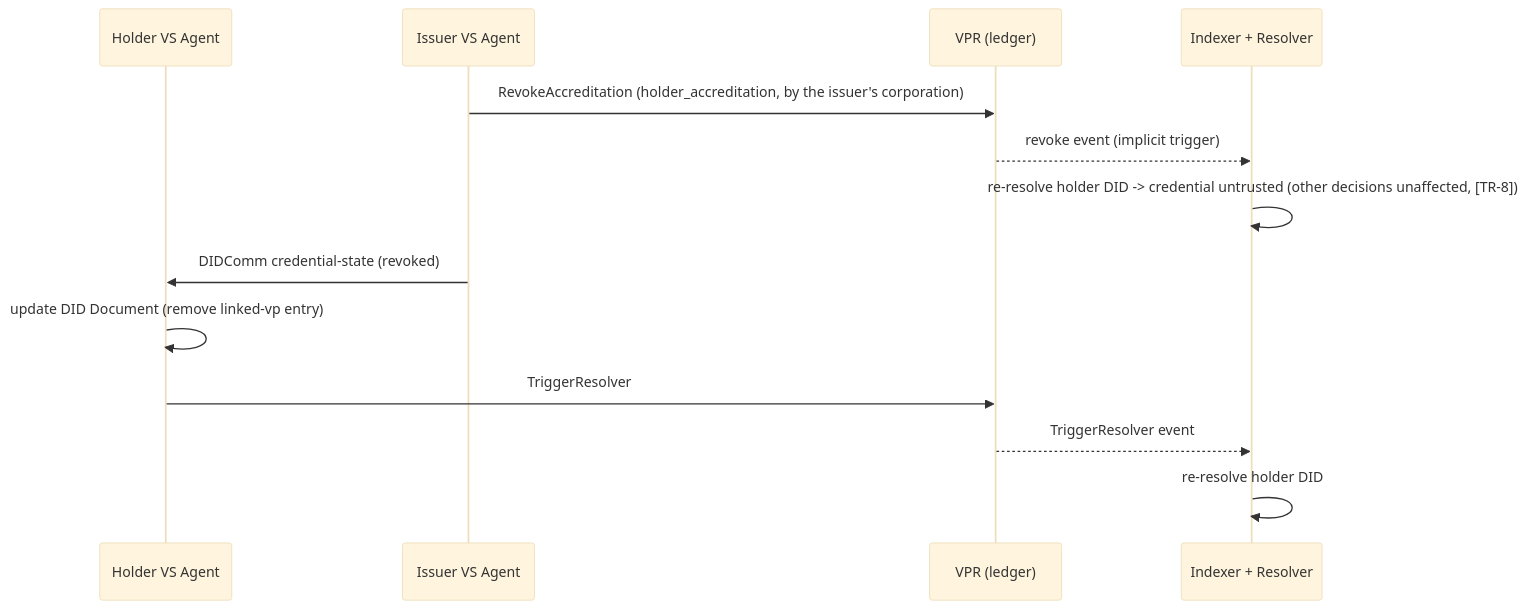
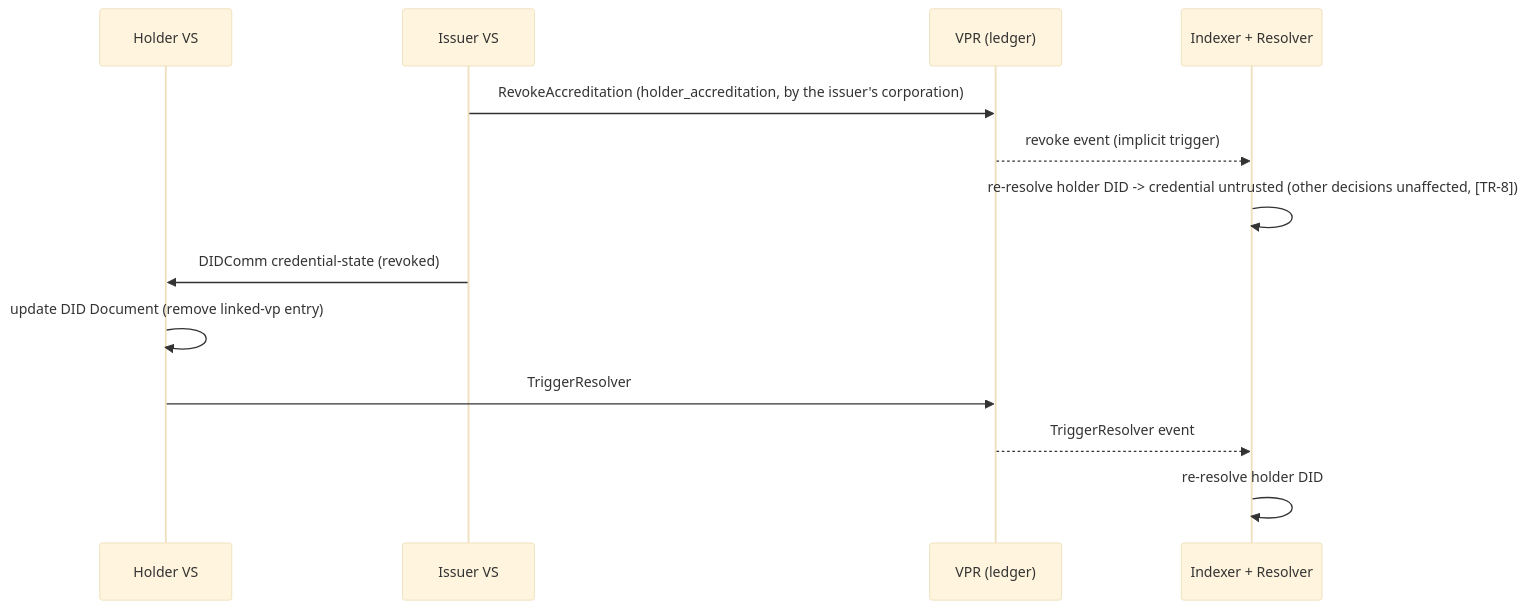
One commit to verana-labs/verifiable-trust-spec changed diagram 16 of 16 in spec.md. Above: the diagram before and after it, drawn with Mermaid (base theme). The commit also changed other lines of this file, not shown here.

Commit message:
The VS signs with its VS account; a corporation's signing accounts are delegates; the term VS Agent is dropped

````diff
--- a/spec.md
+++ b/spec.md
@@ -2623,16 +2620,16 @@
 ```mermaid
 sequenceDiagram
-    participant Holder as Holder VS Agent
-    participant Issuer as Issuer VS Agent
+    participant Holder as Holder VS
+    participant Issuer as Issuer VS
     participant VPR as VPR (ledger)
     participant Idx as Indexer + Resolver
 
     Issuer->>VPR: RevokeAccreditation (holder_accreditation, by the issuer's corporation)
     VPR-->>Idx: revoke event (implicit trigger)
     Idx->>Idx: re-resolve holder DID -> credential untrusted (other decisions unaffected, [TR-8])
     Issuer->>Holder: DIDComm credential-state (revoked)
     Holder->>Holder: update DID Document (remove linked-vp entry)
     Holder->>VPR: TriggerResolver
     VPR-->>Idx: TriggerResolver event
     Idx->>Idx: re-resolve holder DID
 ```
````
